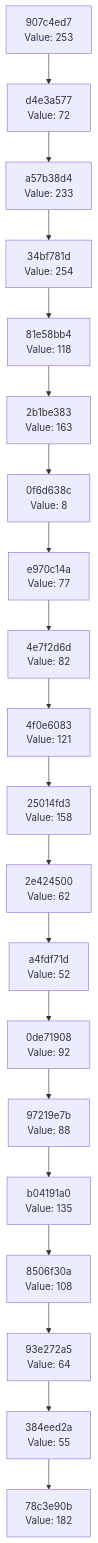
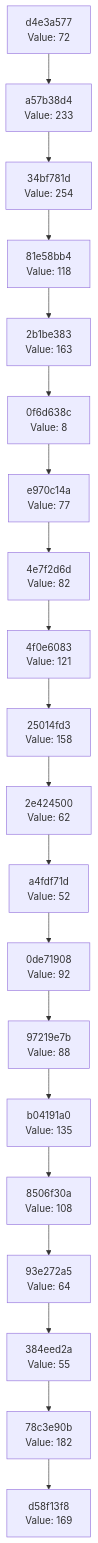
The diagram in docs/CHAIN_VISUALIZATION.md (Abhisheksinha1506/hash-chain-evolver), drawn with Mermaid before and after one commit. The commit also changed 2 other files, not shown here.

Commit message:
Evolution step: hash 0xA9 → action executed

````diff
--- a/docs/CHAIN_VISUALIZATION.md
+++ b/docs/CHAIN_VISUALIZATION.md
@@ -3,42 +3,42 @@
 ```mermaid
 graph TD
-    C0["78c3e90b<br/>Value: 182"]
-    C1["384eed2a<br/>Value: 55"]
+    C0["d58f13f8<br/>Value: 169"]
+    C1["78c3e90b<br/>Value: 182"]
     C1 --> C0
-    C2["93e272a5<br/>Value: 64"]
+    C2["384eed2a<br/>Value: 55"]
     C2 --> C1
-    C3["8506f30a<br/>Value: 108"]
+    C3["93e272a5<br/>Value: 64"]
     C3 --> C2
-    C4["b04191a0<br/>Value: 135"]
+    C4["8506f30a<br/>Value: 108"]
     C4 --> C3
-    C5["97219e7b<br/>Value: 88"]
+    C5["b04191a0<br/>Value: 135"]
     C5 --> C4
-    C6["0de71908<br/>Value: 92"]
+    C6["97219e7b<br/>Value: 88"]
     C6 --> C5
-    C7["a4fdf71d<br/>Value: 52"]
+    C7["0de71908<br/>Value: 92"]
     C7 --> C6
-    C8["2e424500<br/>Value: 62"]
+    C8["a4fdf71d<br/>Value: 52"]
     C8 --> C7
-    C9["25014fd3<br/>Value: 158"]
+    C9["2e424500<br/>Value: 62"]
     C9 --> C8
-    C10["4f0e6083<br/>Value: 121"]
+    C10["25014fd3<br/>Value: 158"]
     C10 --> C9
-    C11["4e7f2d6d<br/>Value: 82"]
+    C11["4f0e6083<br/>Value: 121"]
     C11 --> C10
-    C12["e970c14a<br/>Value: 77"]
+    C12["4e7f2d6d<br/>Value: 82"]
     C12 --> C11
-    C13["0f6d638c<br/>Value: 8"]
+    C13["e970c14a<br/>Value: 77"]
     C13 --> C12
-    C14["2b1be383<br/>Value: 163"]
+    C14["0f6d638c<br/>Value: 8"]
     C14 --> C13
-    C15["81e58bb4<br/>Value: 118"]
+    C15["2b1be383<br/>Value: 163"]
     C15 --> C14
-    C16["34bf781d<br/>Value: 254"]
+    C16["81e58bb4<br/>Value: 118"]
     C16 --> C15
-    C17["a57b38d4<br/>Value: 233"]
+    C17["34bf781d<br/>Value: 254"]
     C17 --> C16
-    C18["d4e3a577<br/>Value: 72"]
+    C18["a57b38d4<br/>Value: 233"]
     C18 --> C17
-    C19["907c4ed7<br/>Value: 253"]
+    C19["d4e3a577<br/>Value: 72"]
     C19 --> C18
 ```
````
